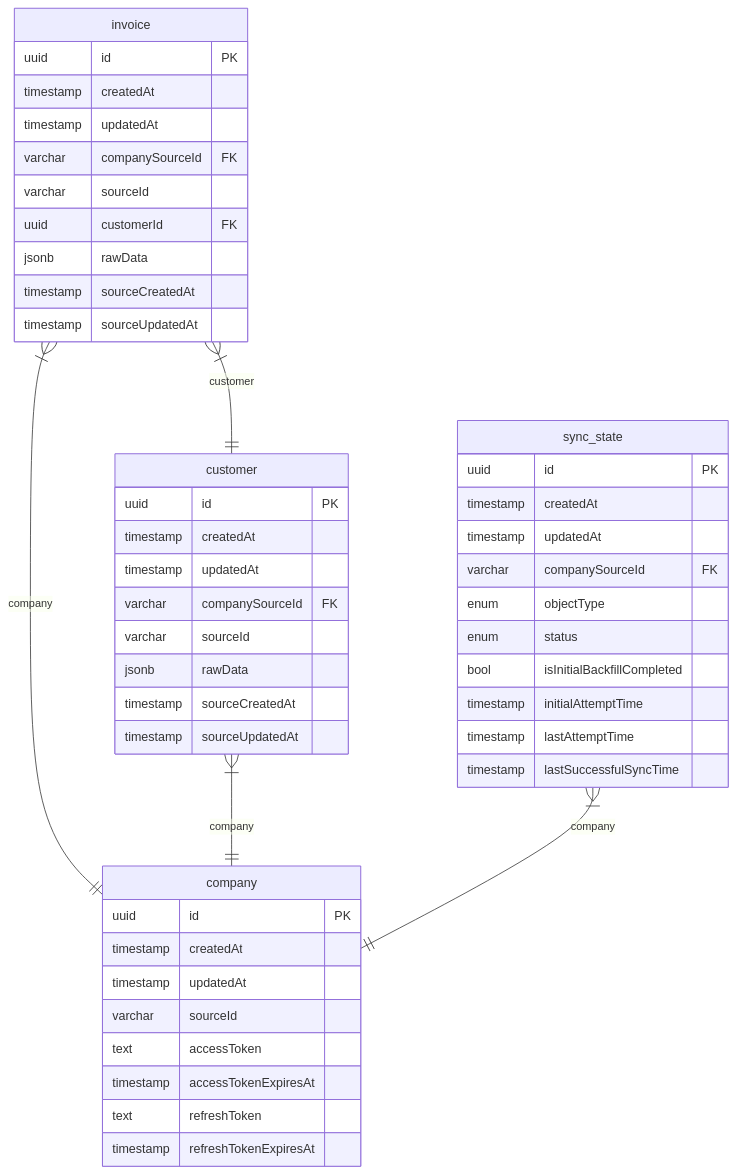
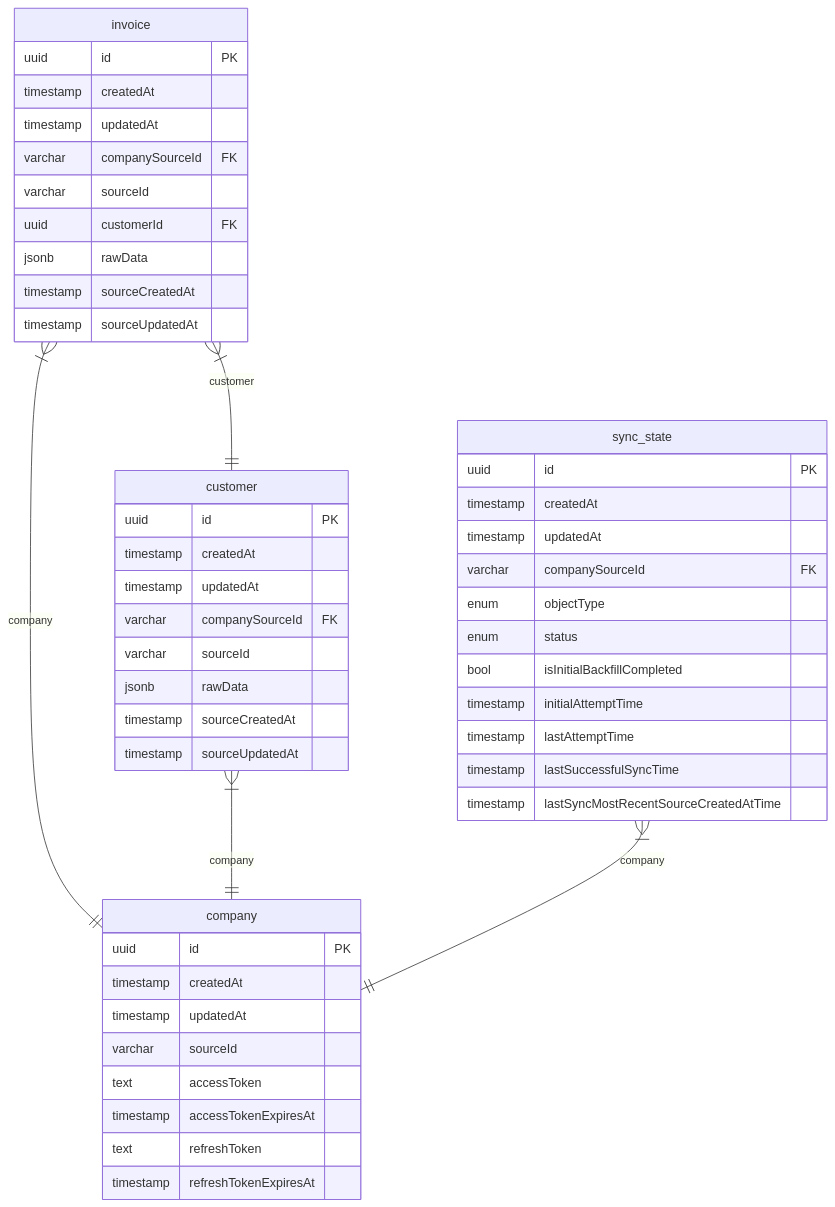
The diagram in apps/server/DB_ERD.md (Nabhag8848/quickbooks-integration), drawn with Mermaid before and after one commit. The commit also changed 19 other files, not shown here.

Commit message:
v0 implementation design flow for sync

````diff
--- a/apps/server/DB_ERD.md
+++ b/apps/server/DB_ERD.md
@@ -5,50 +5,51 @@
 ```mermaid
 erDiagram
   invoice {
     uuid id PK
     timestamp createdAt
     timestamp updatedAt
     varchar companySourceId FK
     varchar sourceId
     uuid customerId FK
     jsonb rawData
     timestamp sourceCreatedAt
     timestamp sourceUpdatedAt
   }
   customer {
     uuid id PK
     timestamp createdAt
     timestamp updatedAt
     varchar companySourceId FK
     varchar sourceId
     jsonb rawData
     timestamp sourceCreatedAt
     timestamp sourceUpdatedAt
   }
   company {
     uuid id PK
     timestamp createdAt
     timestamp updatedAt
     varchar sourceId
     text accessToken
     timestamp accessTokenExpiresAt
     text refreshToken
     timestamp refreshTokenExpiresAt
   }
   sync_state {
     uuid id PK
     timestamp createdAt
     timestamp updatedAt
     varchar companySourceId FK
     enum objectType
     enum status
     bool isInitialBackfillCompleted
     timestamp initialAttemptTime
     timestamp lastAttemptTime
     timestamp lastSuccessfulSyncTime
+    timestamp lastSyncMostRecentSourceCreatedAtTime
   }
   invoice }|--|| company: company
   invoice }|--|| customer: customer
   customer }|--|| company: company
   sync_state }|--|| company: company
 ```
````
